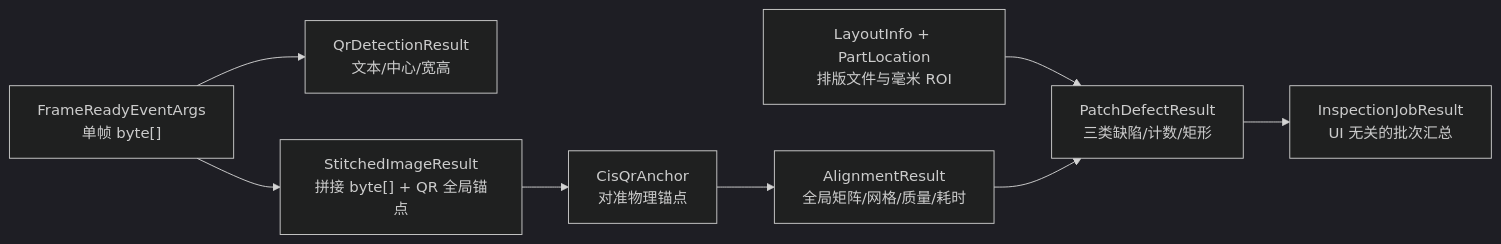
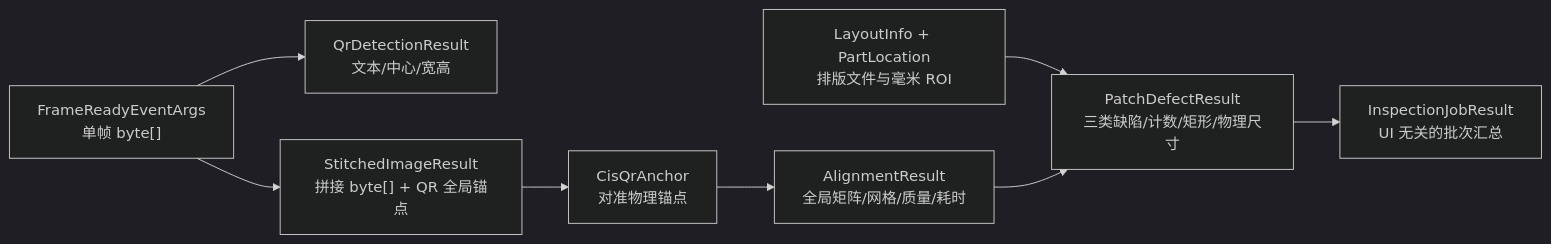
The eighth of 9 diagrams in 项目全局导航与开发指南.md (Kevin-ykg/CIS_WebInspector), drawn with Mermaid (dark theme) before and after one commit. The commit also changed other lines of this file and 48 other files, not shown here.

````diff
--- a/项目全局导航与开发指南.md
+++ b/项目全局导航与开发指南.md
@@ -534,10 +629,10 @@
 ```mermaid
 flowchart LR
     F["FrameReadyEventArgs<br/>单帧 byte[]"] --> Q["QrDetectionResult<br/>文本/中心/宽高"]
     F --> S["StitchedImageResult<br/>拼接 byte[] + QR 全局锚点"]
     S --> A["CisQrAnchor<br/>对准物理锚点"]
     A --> AR["AlignmentResult<br/>全局矩阵/网格/质量/耗时"]
-    L["LayoutInfo + PartLocation<br/>排版文件与毫米 ROI"] --> P["PatchDefectResult<br/>三类缺陷/计数/矩形"]
+    L["LayoutInfo + PartLocation<br/>排版文件与毫米 ROI"] --> P["PatchDefectResult<br/>三类缺陷/计数/矩形/物理尺寸"]
     AR --> P
     P --> J["InspectionJobResult<br/>UI 无关的批次汇总"]
 ```
````
